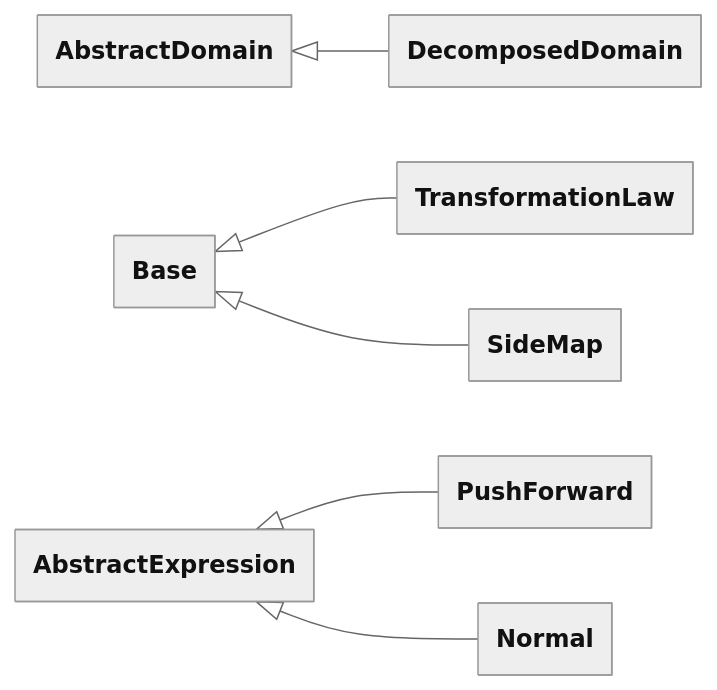
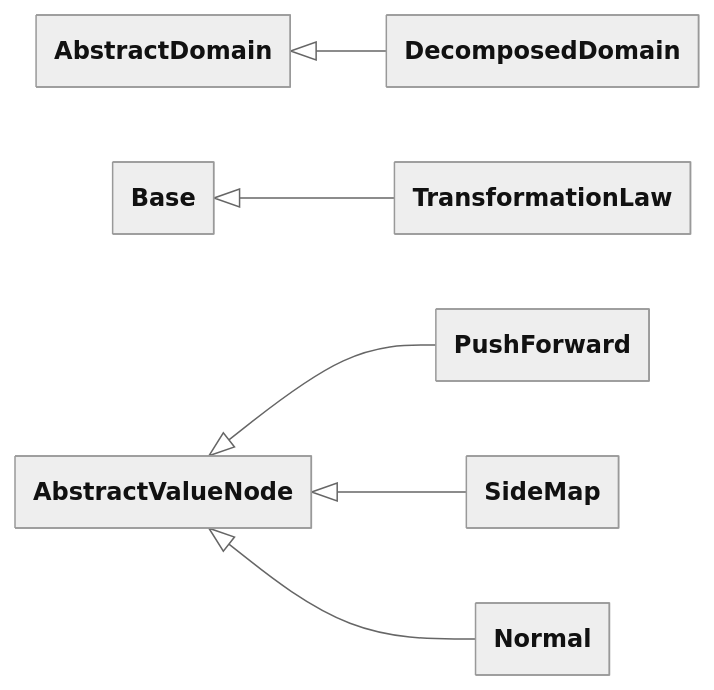
One commit to FEniCS/uflx changed the tenth of 12 diagrams in design/language.md. Above: the diagram before and after it, drawn with Mermaid. The commit also changed other lines of this file and 9 other files, not shown here.

````diff
--- a/design/language.md
+++ b/design/language.md
@@ -4138,19 +4434,19 @@
 ```mermaid
 ---
 config:
   theme: neutral
   look: classic
   class:
     theme: neutral
     look: classic
     hideEmptyMembersBox: true
 ---
 classDiagram
     direction LR
     accTitle: Decomposed domains class hierarchy
     AbstractDomain <|-- DecomposedDomain
     Base <|-- TransformationLaw
-    AbstractExpression <|-- PushForward
-    Base <|-- SideMap
-    AbstractExpression <|-- Normal
+    AbstractValueNode <|-- PushForward
+    AbstractValueNode <|-- SideMap
+    AbstractValueNode <|-- Normal
 ```
````
